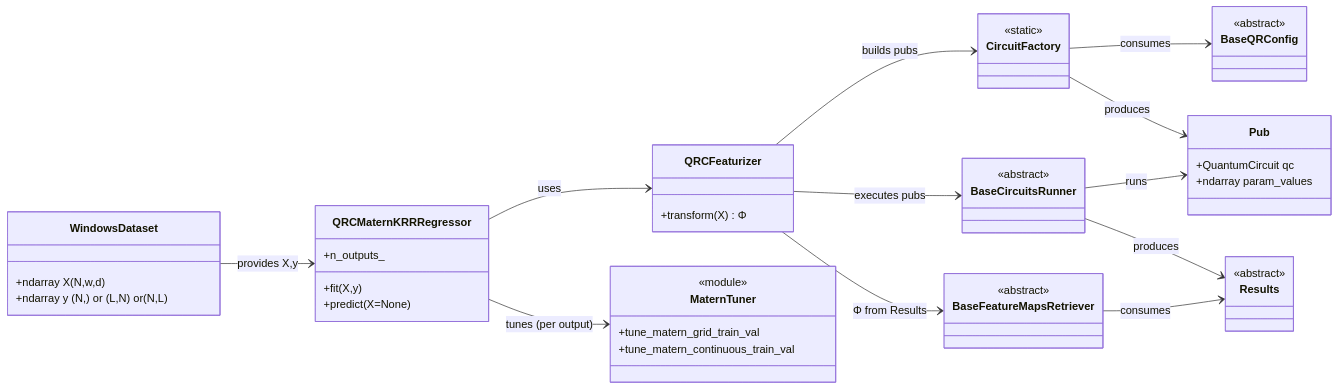
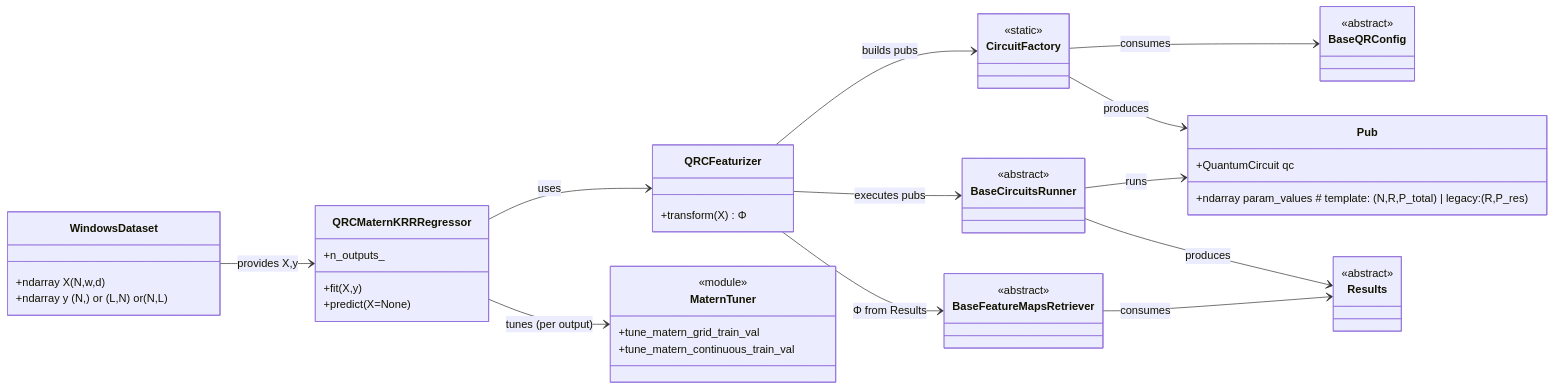
One commit to abdo-aary/quark changed the diagram in docs/models_overview.md. Above: the diagram before and after it, drawn with Mermaid. The commit also changed other lines of this file and 1 other file, not shown here.

````diff
--- a/docs/models_overview.md
+++ b/docs/models_overview.md
@@ -68,61 +70,61 @@
 ```mermaid
 classDiagram
 direction LR
 
 %% --- Data side (high-level) ---
 class WindowsDataset {
   +ndarray X  (N,w,d)
   +ndarray y  (N,) or (L,N) or (N,L)
 }
 
 %% --- QRC circuits/run side (high-level, abstract) ---
 class BaseQRConfig {
   <<abstract>>
 }
 class CircuitFactory {
   <<static>>
 }
 class Pub {
   +QuantumCircuit qc
-  +ndarray param_values
+  +ndarray param_values  # template: (N,R,P_total) | legacy: (R,P_res)
 }
 class BaseCircuitsRunner {
   <<abstract>>
 }
 class Results {
   <<abstract>>
 }
 class BaseFeatureMapsRetriever {
   <<abstract>>
 }
 
 CircuitFactory --> BaseQRConfig : consumes
 CircuitFactory --> Pub : produces
 BaseCircuitsRunner --> Pub : runs
 BaseCircuitsRunner --> Results : produces
 BaseFeatureMapsRetriever --> Results : consumes
 
 %% --- Models side ---
 class QRCFeaturizer {
   +transform(X) Φ
 }
 
 class QRCMaternKRRRegressor {
   +fit(X,y)
   +predict(X=None)
   +n_outputs_
 }
 
 class MaternTuner {
   <<module>>
   +tune_matern_grid_train_val
   +tune_matern_continuous_train_val
 }
 
 WindowsDataset --> QRCMaternKRRRegressor : provides X,y
 QRCMaternKRRRegressor --> QRCFeaturizer : uses
 QRCFeaturizer --> CircuitFactory : builds pubs
 QRCFeaturizer --> BaseCircuitsRunner : executes pubs
 QRCFeaturizer --> BaseFeatureMapsRetriever : Φ from Results
 QRCMaternKRRRegressor --> MaternTuner : tunes (per output)
 ```
````
